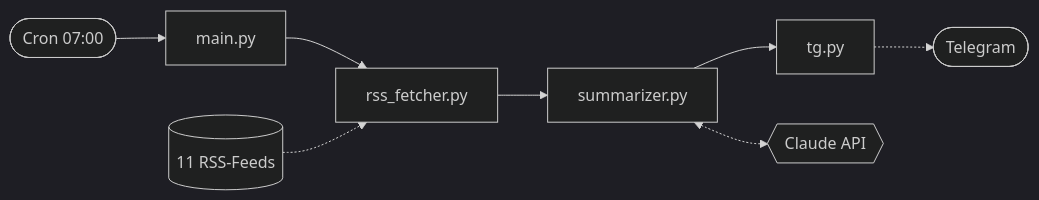
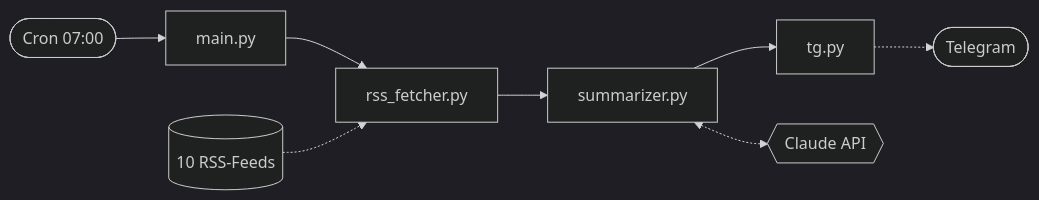
One commit to claudiokoller/news-agent changed the diagram in README.md. Above: the diagram before and after it, drawn with Mermaid (dark theme). The commit also changed other lines of this file and 6 other files, not shown here.

````diff
--- a/README.md
+++ b/README.md
@@ -59,11 +62,11 @@
 ```mermaid
 flowchart LR
     CRON([Cron 07:00]) --> MAIN[main.py]
     MAIN --> RSS[rss_fetcher.py]
     RSS --> SUM[summarizer.py]
     SUM --> TG[tg.py]
 
-    FEEDS[(11 RSS-Feeds)] -.-> RSS
+    FEEDS[(10 RSS-Feeds)] -.-> RSS
     SUM <-.-> CLAUDE{{Claude API}}
     TG -.-> USER([Telegram])
 ```
````
